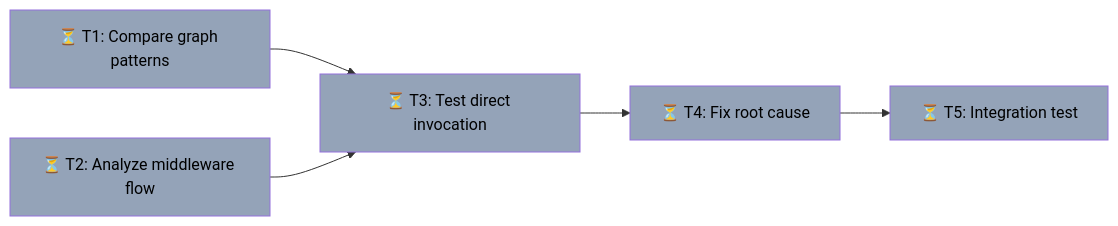
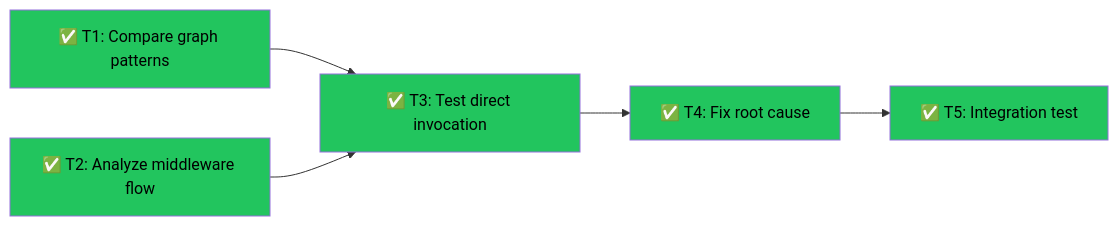
Before and after one commit to blueif16/copilot-scaffold: the diagram in .tasks/debug-course-builder-hang.md, drawn with Mermaid. The commit also changed other lines of this file and 1 other file, not shown here.

````diff
--- a/.tasks/debug-course-builder-hang.md
+++ b/.tasks/debug-course-builder-hang.md
@@ -6,12 +7,12 @@
 ```mermaid
 graph LR
-    T1["⏳ T1: Compare graph patterns"] --> T3["⏳ T3: Test direct invocation"]
-    T2["⏳ T2: Analyze middleware flow"] --> T3
-    T3 --> T4["⏳ T4: Fix root cause"]
-    T4 --> T5["⏳ T5: Integration test"]
-    style T1 fill:#94a3b8,color:#000
-    style T2 fill:#94a3b8,color:#000
-    style T3 fill:#94a3b8,color:#000
-    style T4 fill:#94a3b8,color:#000
-    style T5 fill:#94a3b8,color:#000
+    T1["✅ T1: Compare graph patterns"] --> T3["✅ T3: Test direct invocation"]
+    T2["✅ T2: Analyze middleware flow"] --> T3
+    T3 --> T4["✅ T4: Fix root cause"]
+    T4 --> T5["✅ T5: Integration test"]
+    style T1 fill:#22c55e,color:#000
+    style T2 fill:#22c55e,color:#000
+    style T3 fill:#22c55e,color:#000
+    style T4 fill:#22c55e,color:#000
+    style T5 fill:#22c55e,color:#000
 ```
````
